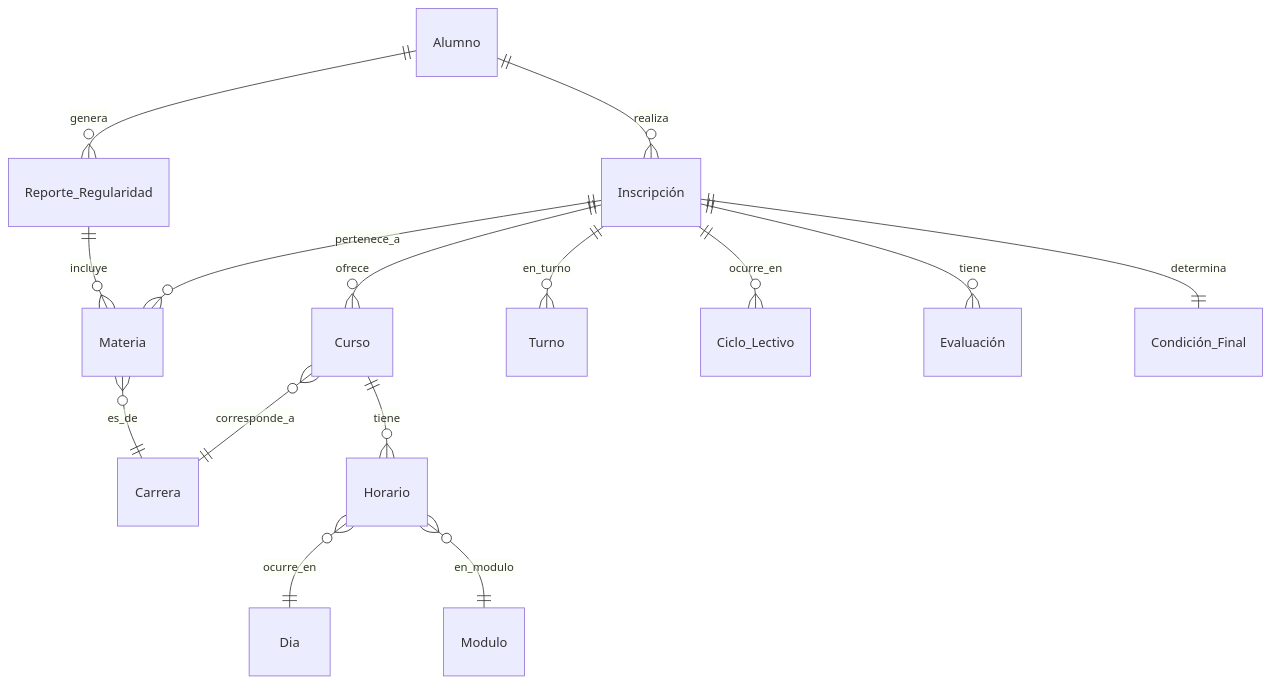
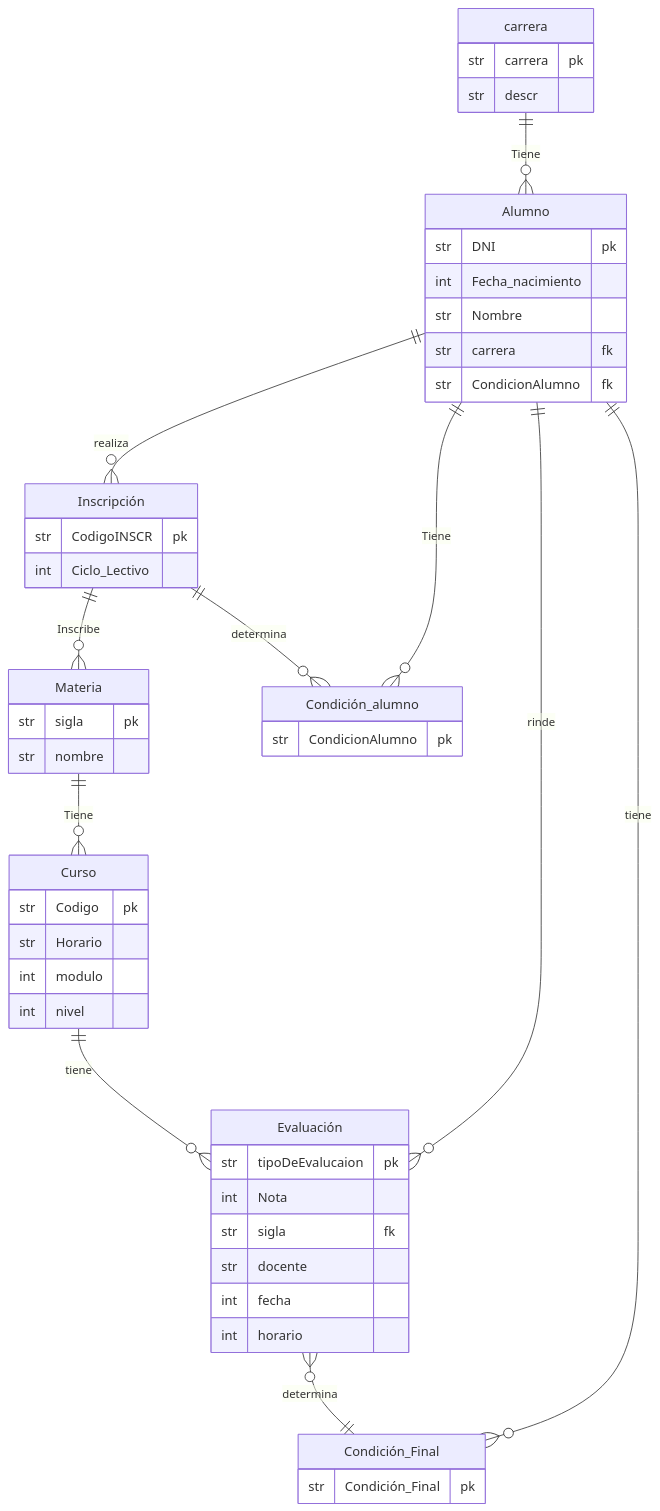
One commit to Villada-PG3/trabajo-practico-integrador-universidad-tecnologica-nacional changed the diagram in docs/BD_real.mermaid. Above: the diagram before and after it, drawn with Mermaid. The commit also changed 1 other file, not shown here.

```diff
--- a/docs/BD_real.mermaid
+++ b/docs/BD_real.mermaid
@@ -1,49 +1,53 @@
 erDiagram
+carrera{
+    str carrera pk
+    str descr
+}
 Alumno{
-
-}
-Carrera{
-    
+    str DNI pk
+    int Fecha_nacimiento
+    str Nombre
+    str carrera fk
+    str CondicionAlumno fk
 }
 Materia{
-    
+    str sigla pk
+    str nombre
 }
 Curso{
-    
+    str Codigo pk
+    str Horario
+    int modulo
+    int nivel
 }
-Turno{
-    
+Condición_alumno{
+    str CondicionAlumno pk
 }
-Horario{
-    
-}
-Ciclo_Lectivo{
-    
-}
+
 Inscripción{
-    
+    str CodigoINSCR pk
+    int Ciclo_Lectivo
 }
 Evaluación{
-    
+    str tipoDeEvalucaion pk
+    int Nota
+    str sigla fk
+    str docente
+    int fecha
+    int horario
 }
 Condición_Final{
-    
-}
-Reporte_Regularidad{
-    
+    str Condición_Final pk
 }
 
+
 Alumno ||--o{ Inscripción : realiza
-Alumno ||--o{ Reporte_Regularidad : genera
-Inscripción ||--o{ Evaluación : tiene
-Inscripción ||--|| Condición_Final : determina
-Inscripción ||--o{ Materia : pertenece_a
-Inscripción ||--o{ Curso : ofrece
-Inscripción ||--o{ Turno : en_turno
-Inscripción ||--o{ Ciclo_Lectivo : ocurre_en
-Reporte_Regularidad ||--o{ Materia : incluye
-Curso }o--|| Carrera : corresponde_a
-Materia }o--|| Carrera : es_de
-Curso ||--o{ Horario : tiene
-Horario }o--|| Dia : ocurre_en
-Horario }o--|| Modulo : en_modulo
+Inscripción ||--o{ Materia : Inscribe
+Inscripción ||--o{ Condición_alumno : determina
+carrera ||--o{ Alumno: Tiene
+Materia ||--o{ Curso: Tiene
+Condición_alumno }o--|| Alumno: Tiene
+Curso ||--o{ Evaluación: tiene
+Alumno ||--o{ Evaluación: rinde
+Evaluación }o--|| Condición_Final: determina
+Alumno||--o{ Condición_Final: tiene
```
